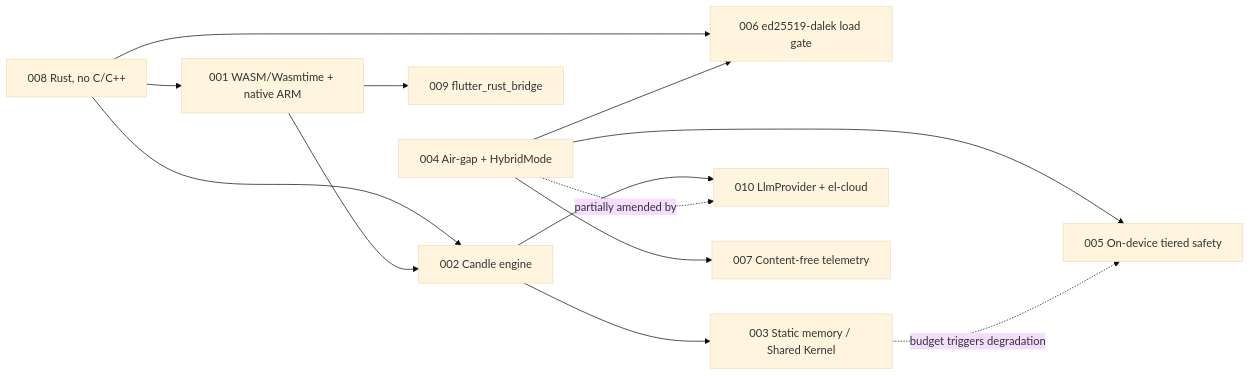
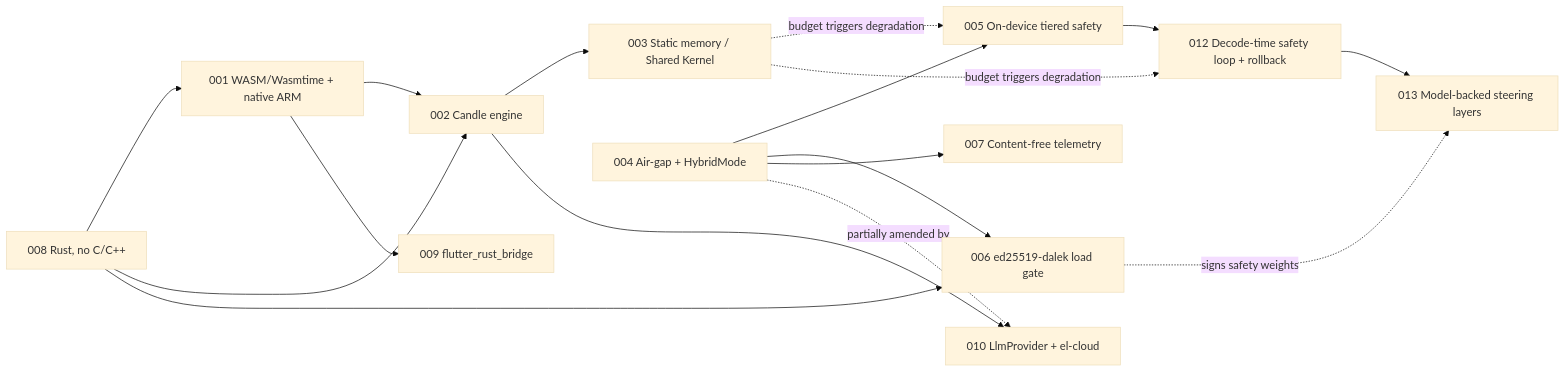
Before and after one commit to Tovli/EdgeIntelligence: the diagram in docs/adr/README.md, drawn with Mermaid (base theme). The commit also changed other lines of this file and 8 other files, not shown here.

````diff
--- a/docs/adr/README.md
+++ b/docs/adr/README.md
@@ -24,15 +27,19 @@
 ```mermaid
 flowchart LR
     A008[008 Rust, no C/C++] --> A001[001 WASM/Wasmtime + native ARM]
     A008 --> A002[002 Candle engine]
     A008 --> A006[006 ed25519-dalek load gate]
     A001 --> A002
     A001 --> A009[009 flutter_rust_bridge]
     A002 --> A003[003 Static memory / Shared Kernel]
     A002 --> A010[010 LlmProvider + el-cloud]
     A004[004 Air-gap + HybridMode] --> A005[005 On-device tiered safety]
     A004 --> A006
     A004 --> A007[007 Content-free telemetry]
     A004 -. partially amended by .-> A010
     A003 -. budget triggers degradation .-> A005
+    A005 --> A012[012 Decode-time safety loop + rollback]
+    A012 --> A013[013 Model-backed steering layers]
+    A003 -. budget triggers degradation .-> A012
+    A006 -. signs safety weights .-> A013
 ```
````
